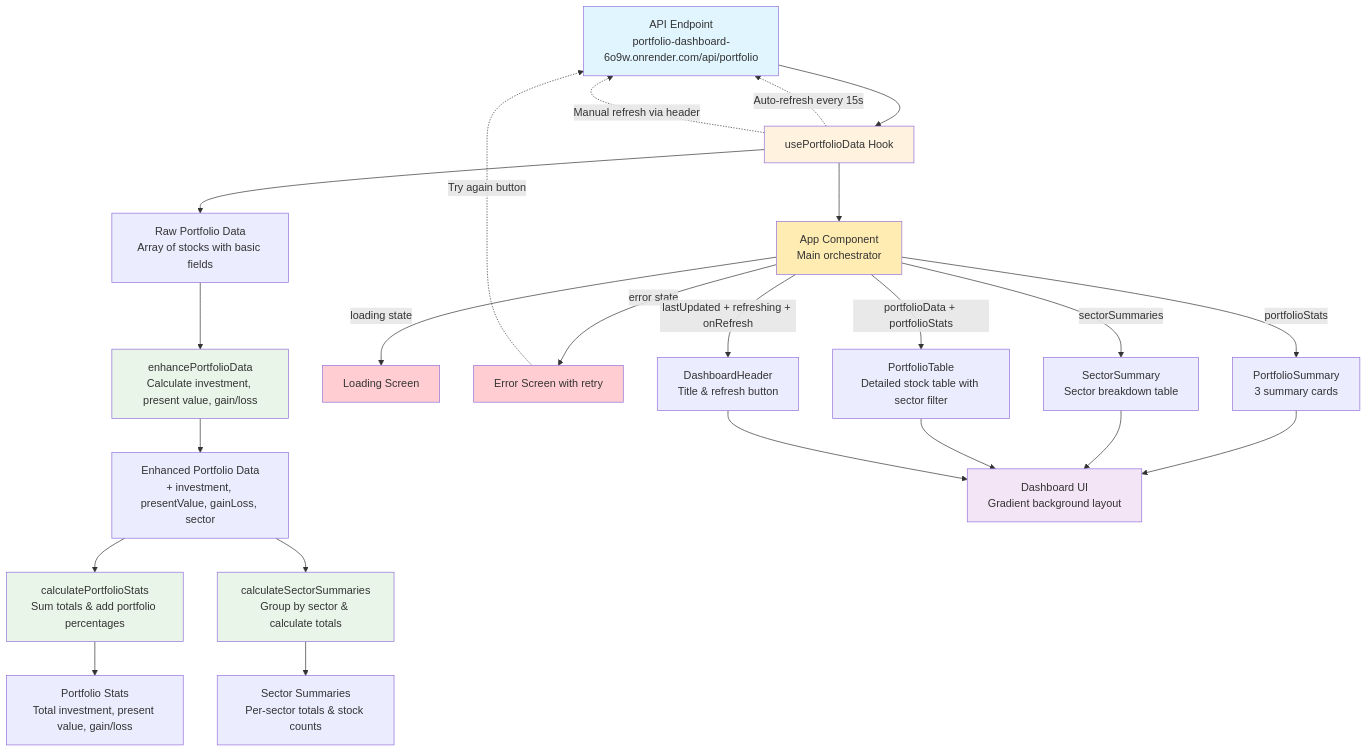
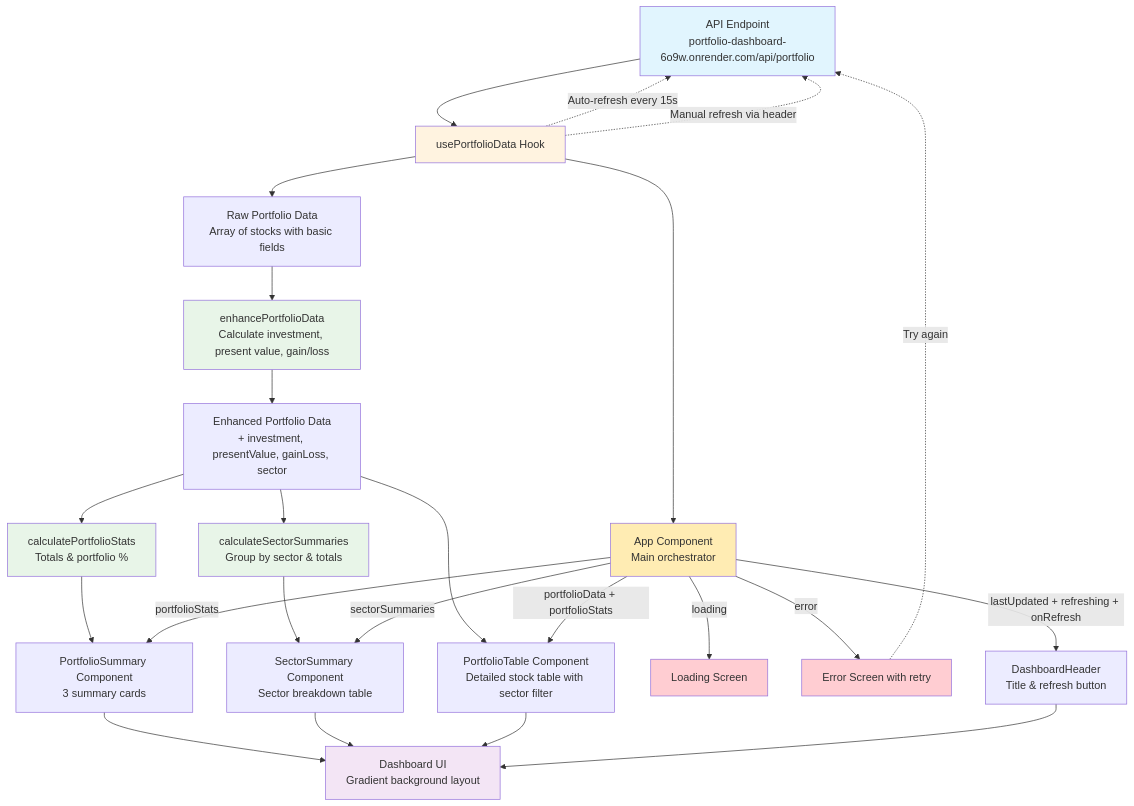
One commit to krishjaiswal09/Portfolio-Dashboard changed the diagram in README.md. Above: the diagram before and after it, drawn with Mermaid. The commit also changed other lines of this file, not shown here.

````diff
--- a/README.md
+++ b/README.md
@@ -55,34 +59,39 @@
 ```mermaid
 flowchart TD
-    A[API Endpoint<br/>portfolio-dashboard-6o9w.onrender.com/api/portfolio] --> B[usePortfolioData Hook]
-    B --> C[Raw Portfolio Data<br/>Array of stocks with basic fields]
-    C --> D[enhancePortfolioData<br/>Calculate investment, present value, gain/loss]
-    D --> E[Enhanced Portfolio Data<br/>+ investment, presentValue, gainLoss, sector]
-    E --> F[calculatePortfolioStats<br/>Sum totals & add portfolio percentages]
-    E --> G[calculateSectorSummaries<br/>Group by sector & calculate totals]
-    F --> H[Portfolio Stats<br/>Total investment, present value, gain/loss]
-    G --> I[Sector Summaries<br/>Per-sector totals & stock counts]
-    B --> J[App Component<br/>Main orchestrator]
-    J -->|loading state| K[Loading Screen]
-    J -->|error state| L[Error Screen with retry]
-    J -->|portfolioStats| M[PortfolioSummary<br/>3 summary cards]
-    J -->|sectorSummaries| N[SectorSummary<br/>Sector breakdown table]
-    J -->|portfolioData + portfolioStats| O[PortfolioTable<br/>Detailed stock table with sector filter]
-    J -->|lastUpdated + refreshing + onRefresh| P[DashboardHeader<br/>Title & refresh button]
-    M --> Q[Dashboard UI<br/>Gradient background layout]
-    N --> Q
-    O --> Q
-    P --> Q
-    B -.->|Auto-refresh every 15s| A
-    B -.->|Manual refresh via header| A
-    L -.->|Try again button| A
-    style A fill:#e1f5fe
-    style Q fill:#f3e5f5
-    style B fill:#fff3e0
-    style J fill:#ffecb3
-    style D fill:#e8f5e8
-    style F fill:#e8f5e8
-    style G fill:#e8f5e8
-    style K fill:#ffcdd2
-    style L fill:#ffcdd2
+    API[API Endpoint<br/>portfolio-dashboard-6o9w.onrender.com/api/portfolio] --> Hook[usePortfolioData Hook]
+    Hook --> RawData[Raw Portfolio Data<br/>Array of stocks with basic fields]
+    RawData --> Enhance[enhancePortfolioData<br/>Calculate investment, present value, gain/loss]
+    Enhance --> Enhanced[Enhanced Portfolio Data<br/>+ investment, presentValue, gainLoss, sector]
+    Enhanced --> Stats[calculatePortfolioStats<br/>Totals & portfolio %]
+    Enhanced --> SectorCalc[calculateSectorSummaries<br/>Group by sector & totals]
+
+    Stats --> PortfolioSummary[PortfolioSummary Component<br/>3 summary cards]
+    SectorCalc --> SectorSummary[SectorSummary Component<br/>Sector breakdown table]
+    Enhanced --> PortfolioTable[PortfolioTable Component<br/>Detailed stock table with sector filter]
+    Hook --> App[App Component<br/>Main orchestrator]
+    App -->|loading| Loading[Loading Screen]
+    App -->|error| Error[Error Screen with retry]
+    App -->|portfolioStats| PortfolioSummary
+    App -->|sectorSummaries| SectorSummary
+    App -->|portfolioData + portfolioStats| PortfolioTable
+    App -->|lastUpdated + refreshing + onRefresh| Header[DashboardHeader<br/>Title & refresh button]
+
+    PortfolioSummary --> Dashboard[Dashboard UI<br/>Gradient background layout]
+    SectorSummary --> Dashboard
+    PortfolioTable --> Dashboard
+    Header --> Dashboard
+
+    Hook -.->|Auto-refresh every 15s| API
+    Hook -.->|Manual refresh via header| API
+    Error -.->|Try again| API
+
+    style API fill:#e1f5fe
+    style Dashboard fill:#f3e5f5
+    style Hook fill:#fff3e0
+    style App fill:#ffecb3
+    style Enhance fill:#e8f5e8
+    style Stats fill:#e8f5e8
+    style SectorCalc fill:#e8f5e8
+    style Loading fill:#ffcdd2
+    style Error fill:#ffcdd2
 ```
````
